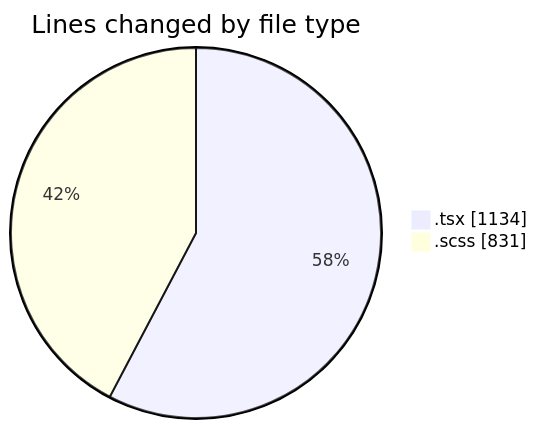
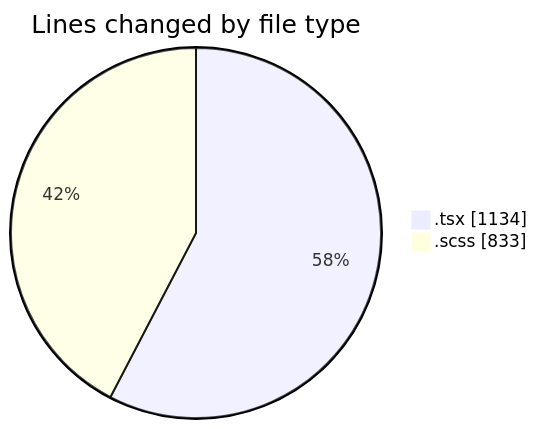
The first of 2 diagrams in 2025-10-06/cda/README.md (momahboobian/code-tracking), drawn with Mermaid before and after one commit. The commit also changed other lines of this file and 1 other file, not shown here.

````diff
--- a/2025-10-06/cda/README.md
+++ b/2025-10-06/cda/README.md
@@ -24,6 +24,6 @@
 ```mermaid
 pie showData
 title Lines changed by file type
 ".tsx" : 1134
-".scss" : 831
+".scss" : 833
 ```
````
